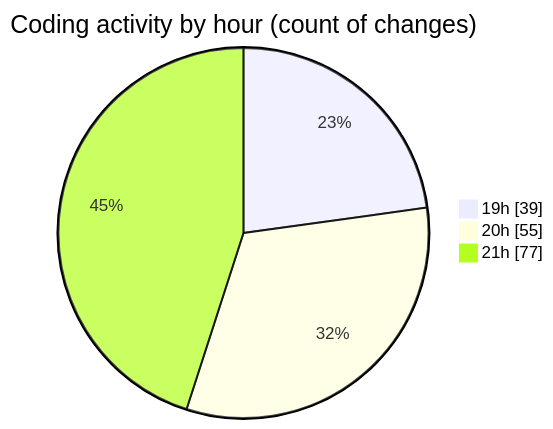
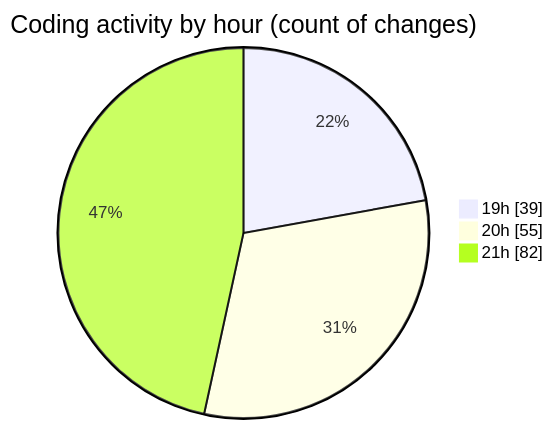
The second of 2 diagrams in 2026-06-16/cda/README.md (momahboobian/code-tracking), drawn with Mermaid before and after one commit. The commit also changed other lines of this file and 1 other file, not shown here.

````diff
--- a/2026-06-16/cda/README.md
+++ b/2026-06-16/cda/README.md
@@ -86,7 +86,7 @@
 ```mermaid
 pie showData
 title Coding activity by hour (count of changes)
 "19h" : 39
 "20h" : 55
-"21h" : 77
+"21h" : 82
 ```
````
